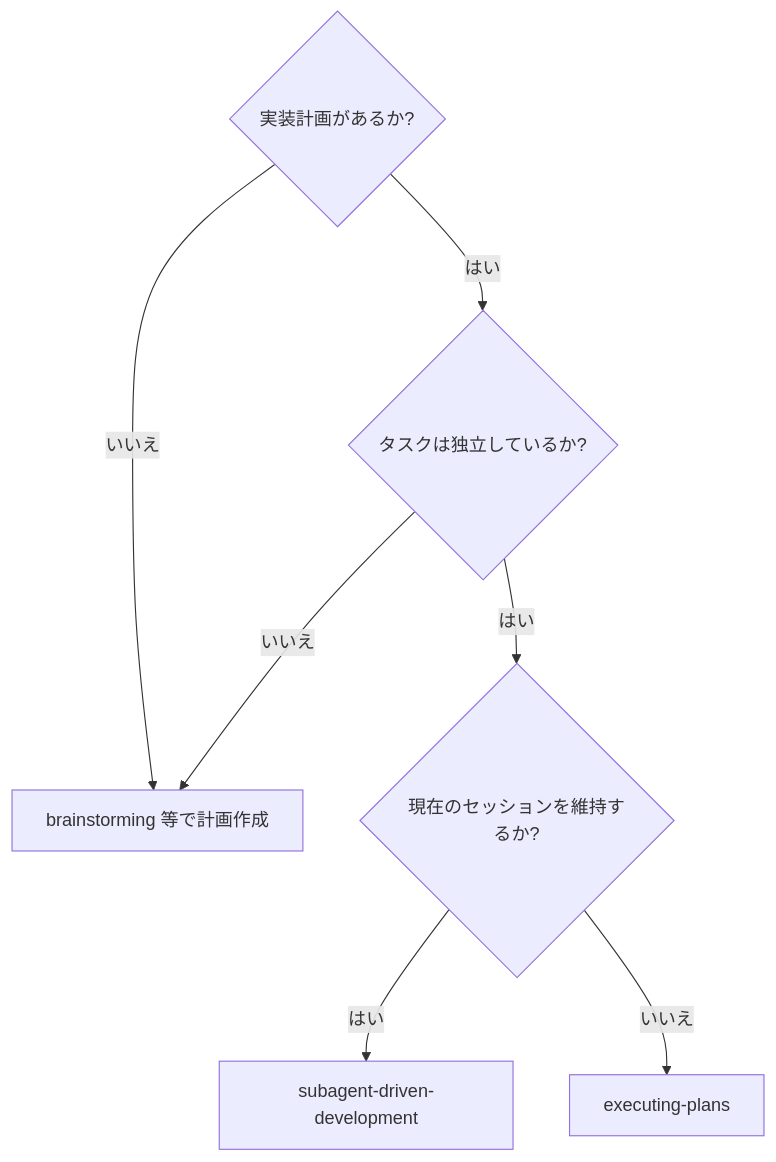
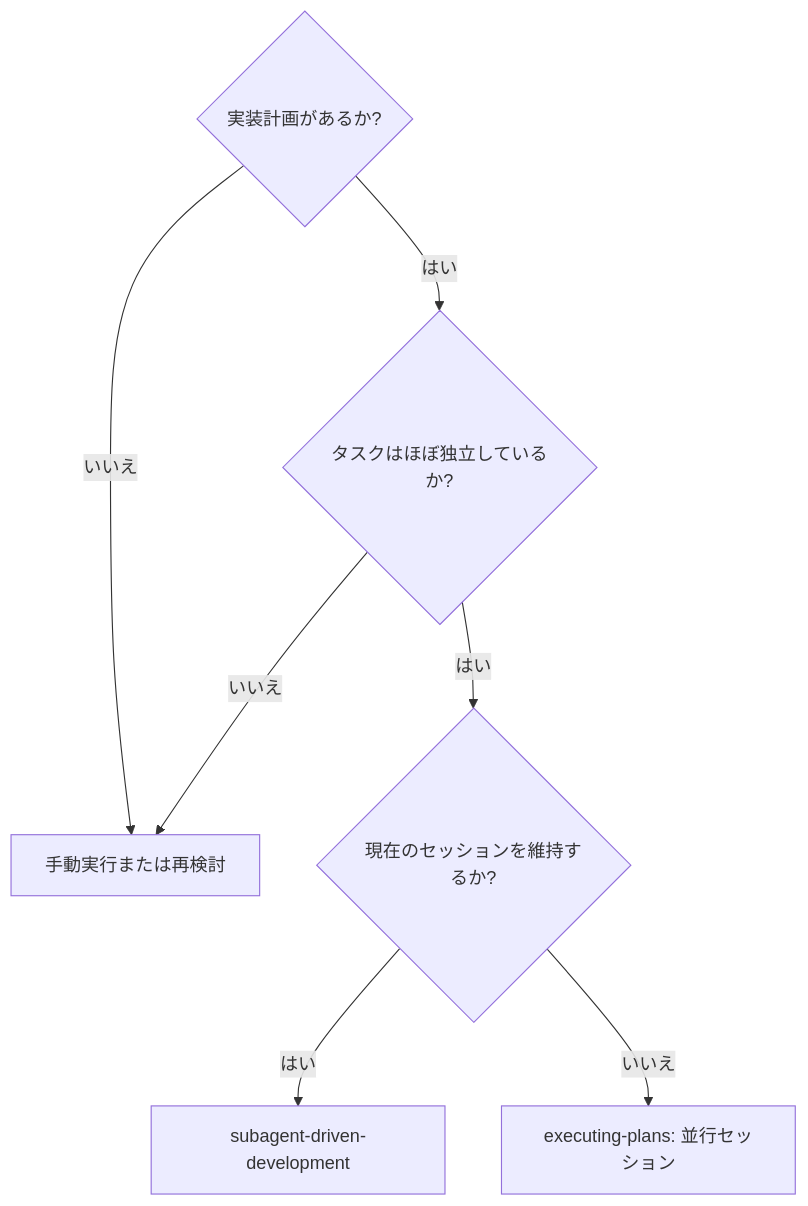
The first of 2 diagrams in skills/subagent-driven-development/SKILL.md (oki2a24/superpowerssuperpowers), drawn with Mermaid before and after one commit. The commit also changed other lines of this file and 3 other files, not shown here.

````diff
--- a/skills/subagent-driven-development/SKILL.md
+++ b/skills/subagent-driven-development/SKILL.md
@@ -16,9 +16,9 @@
 ```mermaid
 graph TD
     A{実装計画があるか?} -->|いいえ| B[brainstorming 等で計画作成]
-    A -->|はい| C{タスクは独立しているか?}
-    C -->|いいえ| B
+    A -->|はい| C{タスクはほぼ独立しているか?}
+    C -->|いいえ| B[手動実行または再検討]
     C -->|はい| D{現在のセッションを維持するか?}
     D -->|はい| SDD[subagent-driven-development]
-    D -->|いいえ| EP[executing-plans]
+    D -->|いいえ| EP[executing-plans: 並行セッション]
 ```
````
